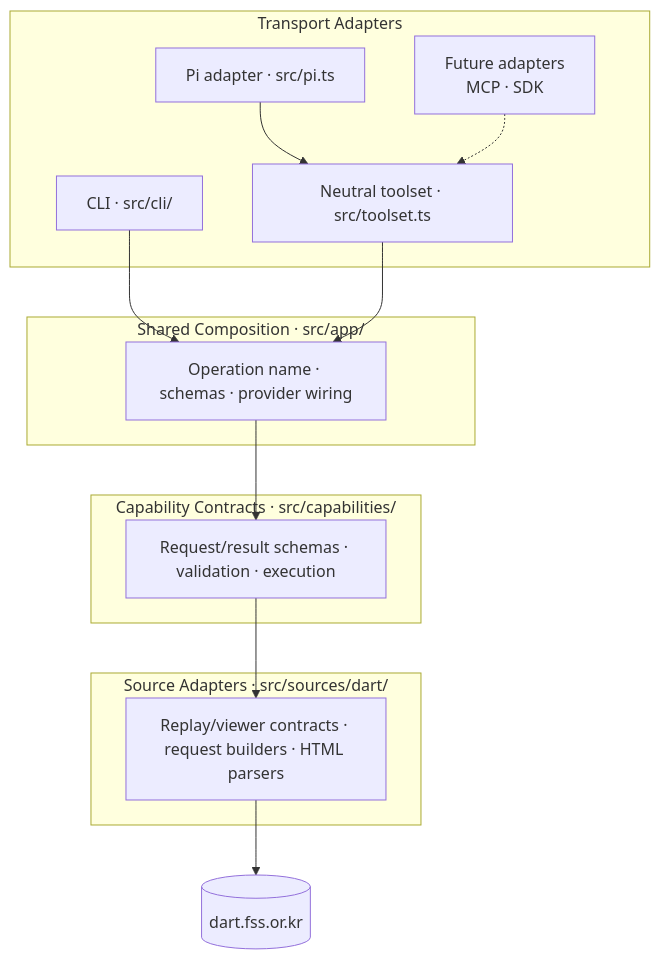
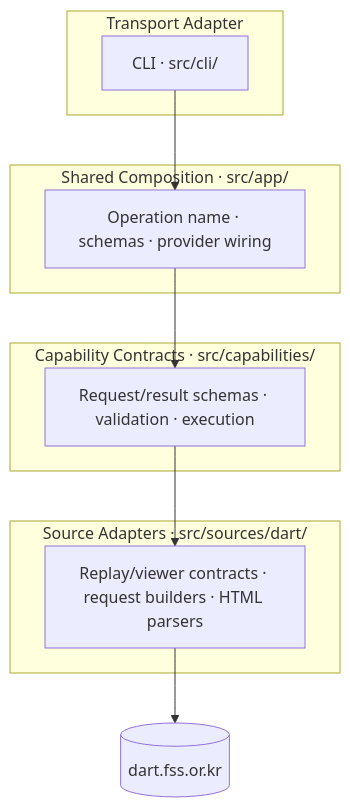
The first of 6 diagrams in src/ARCHITECTURE.md (cpaikr/darty), drawn with Mermaid before and after one commit. The commit also changed other lines of this file and 27 other files, not shown here.

````diff
--- a/src/ARCHITECTURE.md
+++ b/src/ARCHITECTURE.md
@@ -36,29 +35,23 @@
 ```mermaid
 graph TD
-    subgraph Transport["Transport Adapters"]
+    subgraph Transport["Transport Adapter"]
         CLI["CLI · src/cli/"]
-        TOOLSET["Neutral toolset · src/toolset.ts"]
-        PI["Pi adapter · src/pi.ts"]
-        FUTURE["Future adapters\nMCP · SDK"]
     end
 
     subgraph App["Shared Composition · src/app/"]
         APP["Operation name · schemas · provider wiring"]
     end
 
     subgraph Cap["Capability Contracts · src/capabilities/"]
         CAP["Request/result schemas · validation · execution"]
     end
 
     subgraph Src["Source Adapters · src/sources/dart/"]
         SRC["Replay/viewer contracts · request builders · HTML parsers"]
     end
 
     CLI --> APP
-    TOOLSET --> APP
-    PI --> TOOLSET
-    FUTURE -.-> TOOLSET
     APP --> CAP
     CAP --> SRC
     SRC --> DART[("dart.fss.or.kr")]
 ```
````
